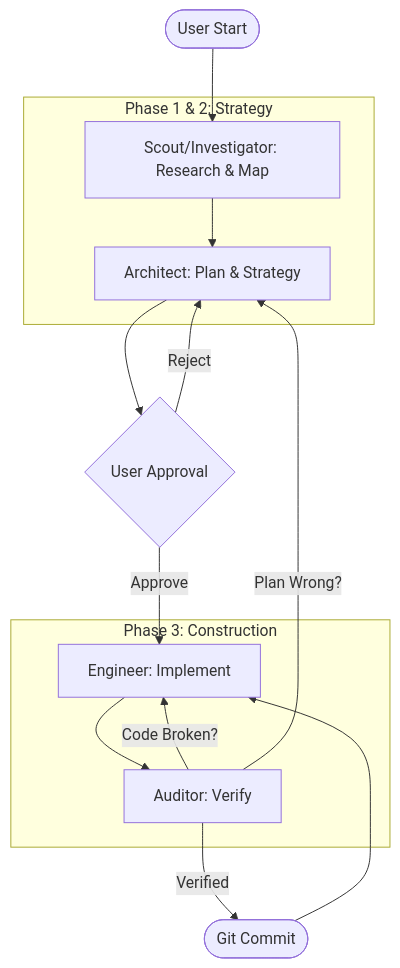
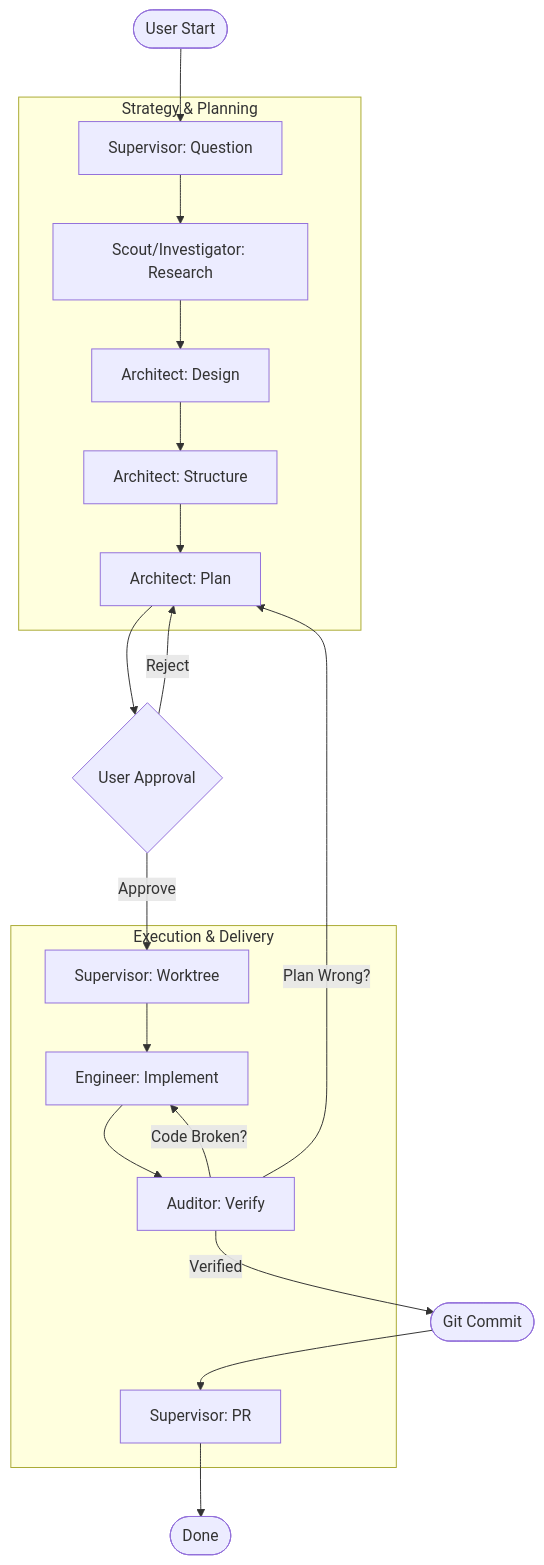
Before and after one commit to sapientcoffee/bean-to-cup: the diagram in README.md, drawn with Mermaid. The commit also changed other lines of this file and 8 other files, not shown here.

````diff
--- a/README.md
+++ b/README.md
@@ -49,30 +49,40 @@
 ```mermaid
 graph TD
     %% Roles
-    subgraph Phase 1 & 2: Strategy
-        Scout[Scout/Investigator: Research & Map]
-        Architect[Architect: Plan & Strategy]
+    subgraph Strategy & Planning
+        Supervisor1[Supervisor: Question]
+        Scout[Scout/Investigator: Research]
+        Architect1[Architect: Design]
+        Architect2[Architect: Structure]
+        Architect3[Architect: Plan]
     end
 
-    subgraph Phase 3: Construction
+    subgraph Execution & Delivery
+        Supervisor2[Supervisor: Worktree]
         Engineer[Engineer: Implement]
         Auditor[Auditor: Verify]
+        Supervisor3[Supervisor: PR]
     end
 
     %% Flow
-    Start([User Start]) --> Scout
-    Scout --> Architect
-    Architect --> Review{User Approval}
+    Start([User Start]) --> Supervisor1
+    Supervisor1 --> Scout
+    Scout --> Architect1
+    Architect1 --> Architect2
+    Architect2 --> Architect3
+    Architect3 --> Review{User Approval}
     
-    Review -- Reject --> Architect
-    Review -- Approve --> Engineer
+    Review -- Reject --> Architect3
+    Review -- Approve --> Supervisor2
     
+    Supervisor2 --> Engineer
     Engineer --> Auditor
     
     %% The Three-Way Fork
     Auditor -- Code Broken? --> Engineer
-    Auditor -- Plan Wrong? --> Architect
+    Auditor -- Plan Wrong? --> Architect3
     Auditor -- Verified --> Commit([Git Commit])
     
-    Commit --> Engineer
+    Commit --> Supervisor3
+    Supervisor3 --> End([Done])
 ```
````
